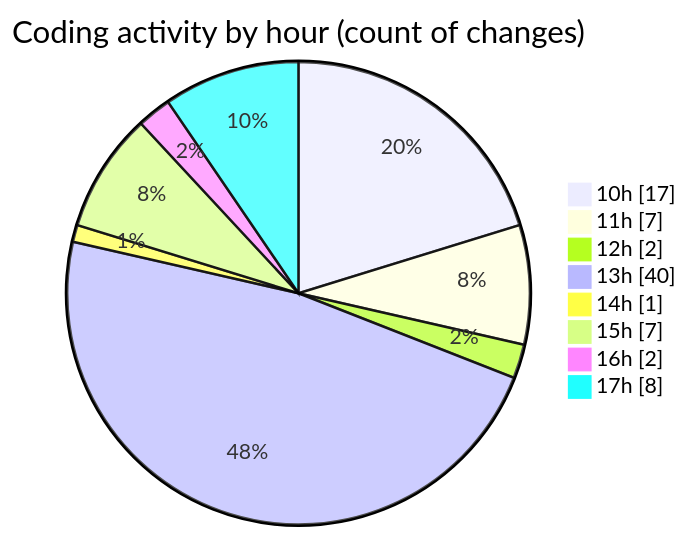
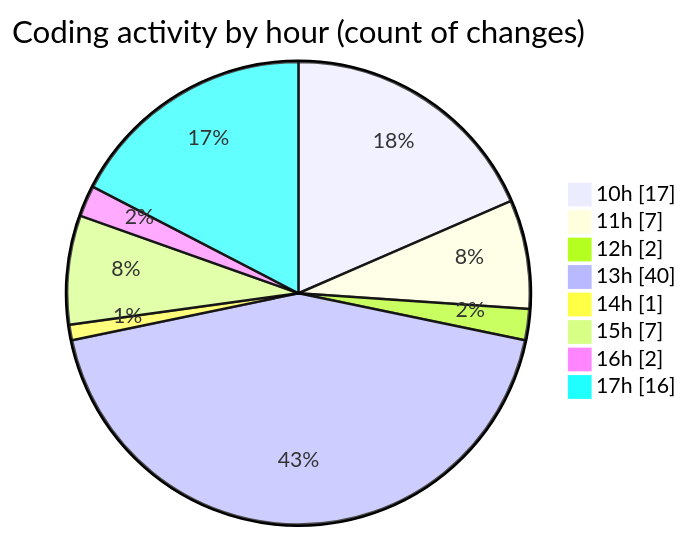
One commit to momahboobian/code-tracking changed the second of 2 diagrams in 2026-03-02/cda/README.md. Above: the diagram before and after it, drawn with Mermaid. The commit also changed other lines of this file and 1 other file, not shown here.

````diff
--- a/2026-03-02/cda/README.md
+++ b/2026-03-02/cda/README.md
@@ -44,12 +44,12 @@
 ```mermaid
 pie showData
 title Coding activity by hour (count of changes)
 "10h" : 17
 "11h" : 7
 "12h" : 2
 "13h" : 40
 "14h" : 1
 "15h" : 7
 "16h" : 2
-"17h" : 8
+"17h" : 16
 ```
````
